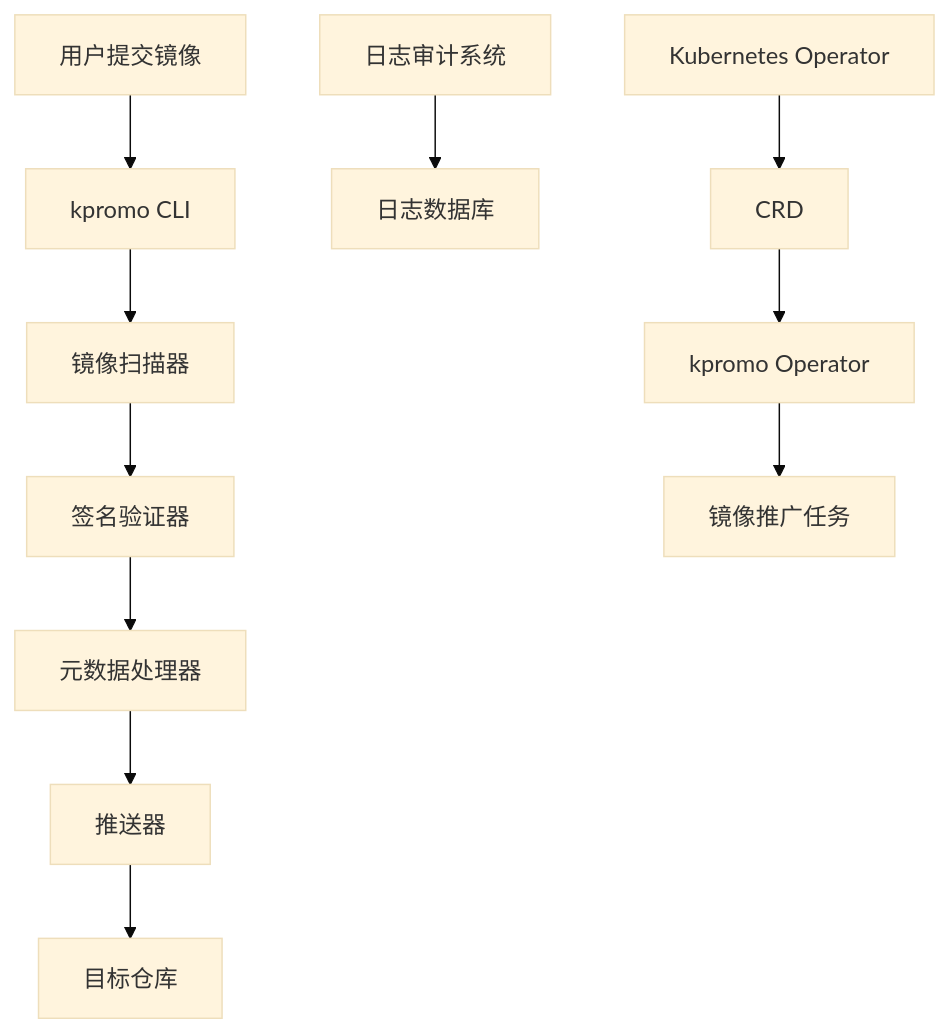
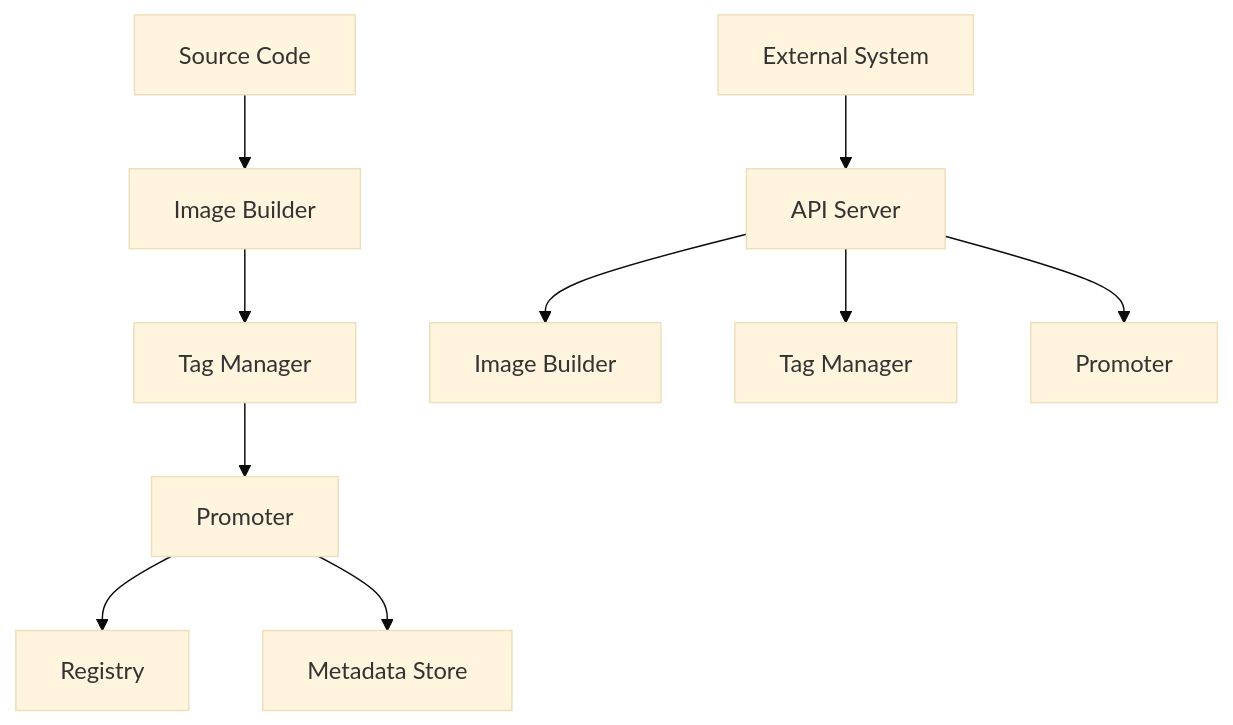
Before and after one commit to ape902/laoguo.github.io: the second of 2 diagrams in content/posts/2026-03-17-the-invisible-rewrite-modernizing-the-kubernetes-image-promoter.md, drawn with Mermaid (base theme). The commit also changed other lines of this file, not shown here.

Commit message:
发布新文章：2026-03-17-the-invisible-rewrite-modernizing-the-kubernetes-image-promoter.md

````diff
--- a/content/posts/2026-03-17-the-invisible-rewrite-modernizing-the-kubernetes-image-promoter.md
+++ b/content/posts/2026-03-17-the-invisible-rewrite-modernizing-the-kubernetes-image-promoter.md
@@ -206,13 +285,12 @@
 ```mermaid
 graph TD
-    A[用户提交镜像] --> B[kpromo CLI]
-    B --> C[镜像扫描器]
-    C --> D[签名验证器]
-    D --> E[元数据处理器]
-    E --> F[推送器]
-    F --> G[目标仓库]
-    H[日志审计系统] --> I[日志数据库]
-    J[Kubernetes Operator] --> K[CRD]
-    K --> L[kpromo Operator]
-    L --> M[镜像推广任务]
+    A[Source Code] --> B[Image Builder]
+    B --> C[Tag Manager]
+    C --> D[Promoter]
+    D --> E[Registry]
+    D --> F[Metadata Store]
+    G[External System] --> H[API Server]
+    H --> I[Image Builder]
+    H --> J[Tag Manager]
+    H --> K[Promoter]
 ```
````
